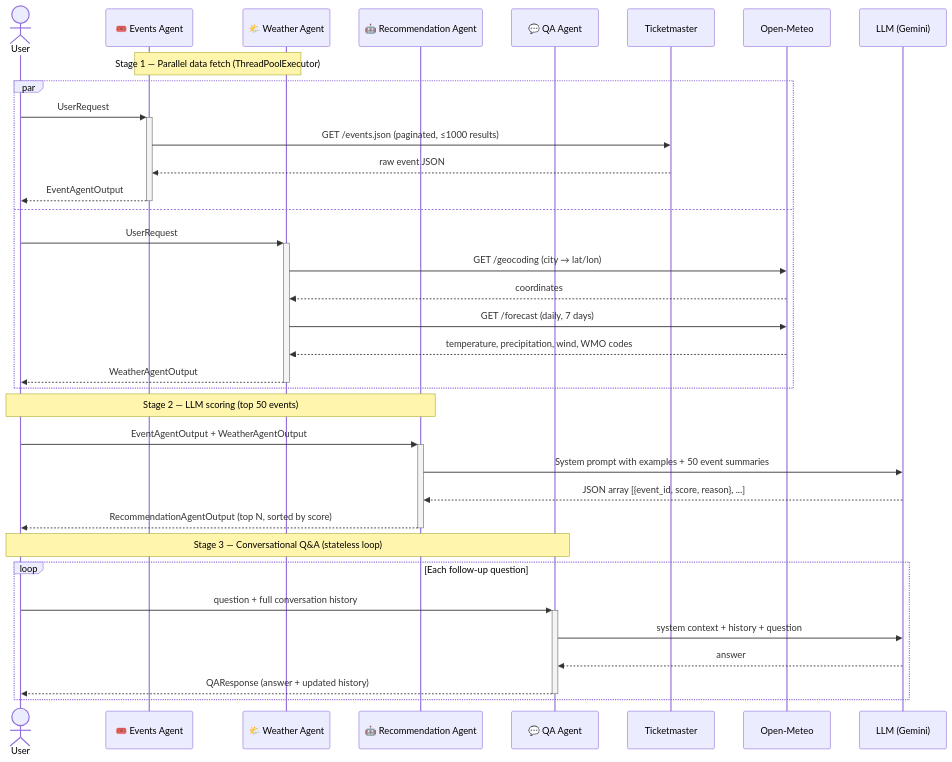
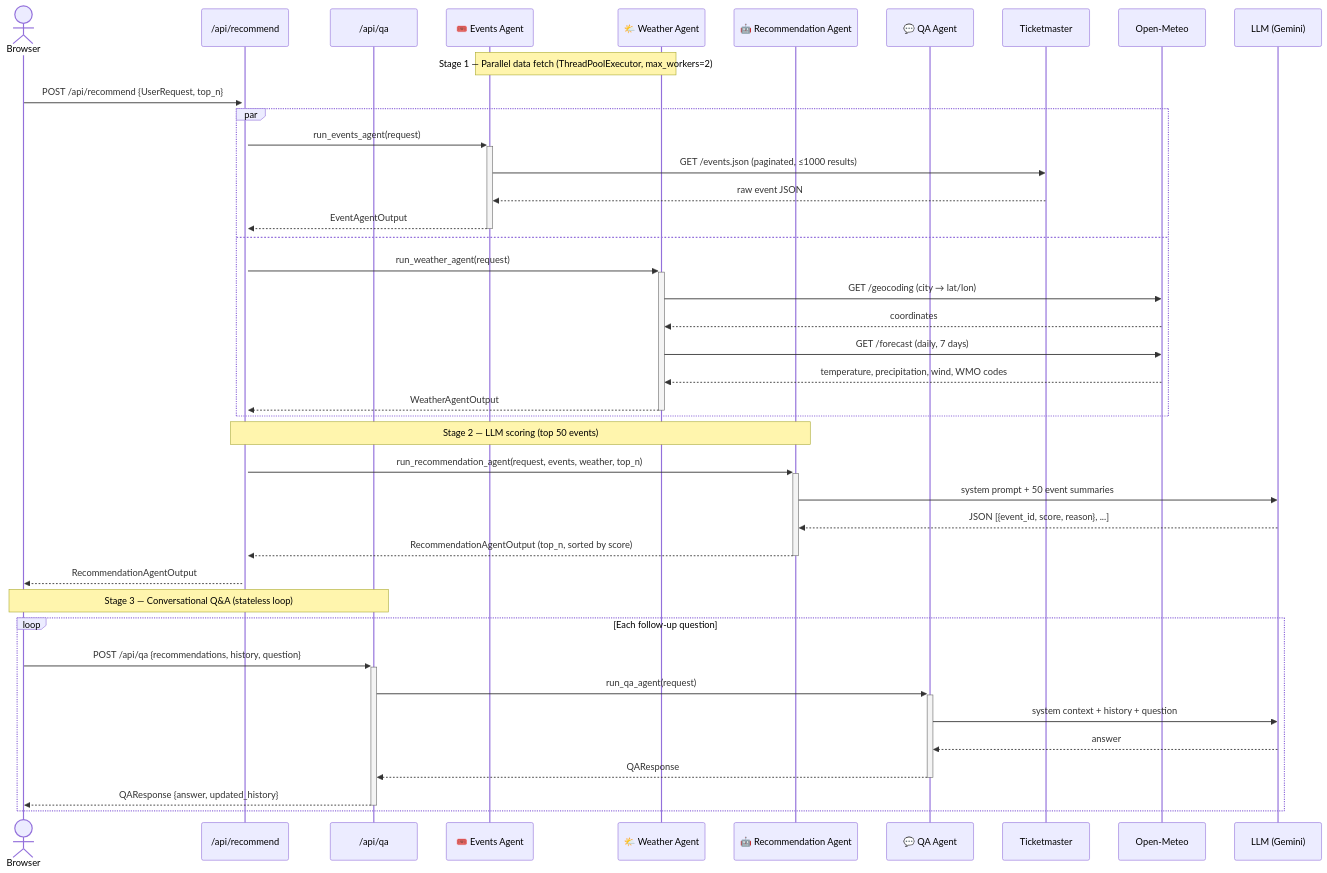
Before and after one commit to ritwiksharan/event-recommendor: the second of 9 diagrams in README.md, drawn with Mermaid. The commit also changed other lines of this file, not shown here.

First line of the commit message:
Update README for markdown rendering, session persistence, scoring fixes

````diff
--- a/README.md
+++ b/README.md
@@ -69,40 +83,46 @@
 ```mermaid
 sequenceDiagram
-    actor U as User
+    actor U as Browser
+    participant R1 as /api/recommend
+    participant R2 as /api/qa
     participant A1 as 🎟️ Events Agent
     participant A2 as 🌤️ Weather Agent
     participant A3 as 🤖 Recommendation Agent
     participant A4 as 💬 QA Agent
     participant TM as Ticketmaster
     participant OM as Open-Meteo
     participant LLM as LLM (Gemini)
 
-    Note over A1,A2: Stage 1 — Parallel data fetch (ThreadPoolExecutor)
+    Note over A1,A2: Stage 1 — Parallel data fetch (ThreadPoolExecutor, max_workers=2)
+    U->>+R1: POST /api/recommend {UserRequest, top_n}
     par
-        U->>+A1: UserRequest
+        R1->>+A1: run_events_agent(request)
         A1->>TM: GET /events.json (paginated, ≤1000 results)
         TM-->>A1: raw event JSON
-        A1-->>-U: EventAgentOutput
+        A1-->>-R1: EventAgentOutput
     and
-        U->>+A2: UserRequest
+        R1->>+A2: run_weather_agent(request)
         A2->>OM: GET /geocoding (city → lat/lon)
         OM-->>A2: coordinates
         A2->>OM: GET /forecast (daily, 7 days)
         OM-->>A2: temperature, precipitation, wind, WMO codes
-        A2-->>-U: WeatherAgentOutput
+        A2-->>-R1: WeatherAgentOutput
     end
 
-    Note over U,A3: Stage 2 — LLM scoring (top 50 events)
-    U->>+A3: EventAgentOutput + WeatherAgentOutput
-    A3->>LLM: System prompt with examples + 50 event summaries
-    LLM-->>A3: JSON array [{event_id, score, reason}, ...]
-    A3-->>-U: RecommendationAgentOutput (top N, sorted by score)
+    Note over R1,A3: Stage 2 — LLM scoring (top 50 events)
+    R1->>+A3: run_recommendation_agent(request, events, weather, top_n)
+    A3->>LLM: system prompt + 50 event summaries
+    LLM-->>A3: JSON [{event_id, score, reason}, ...]
+    A3-->>-R1: RecommendationAgentOutput (top_n, sorted by score)
+    R1-->>U: RecommendationAgentOutput
 
-    Note over U,A4: Stage 3 — Conversational Q&A (stateless loop)
+    Note over U,R2: Stage 3 — Conversational Q&A (stateless loop)
     loop Each follow-up question
-        U->>+A4: question + full conversation history
+        U->>+R2: POST /api/qa {recommendations, history, question}
+        R2->>+A4: run_qa_agent(request)
         A4->>LLM: system context + history + question
         LLM-->>A4: answer
-        A4-->>-U: QAResponse (answer + updated history)
+        A4-->>-R2: QAResponse
+        R2-->>-U: QAResponse {answer, updated_history}
     end
 ```
````
